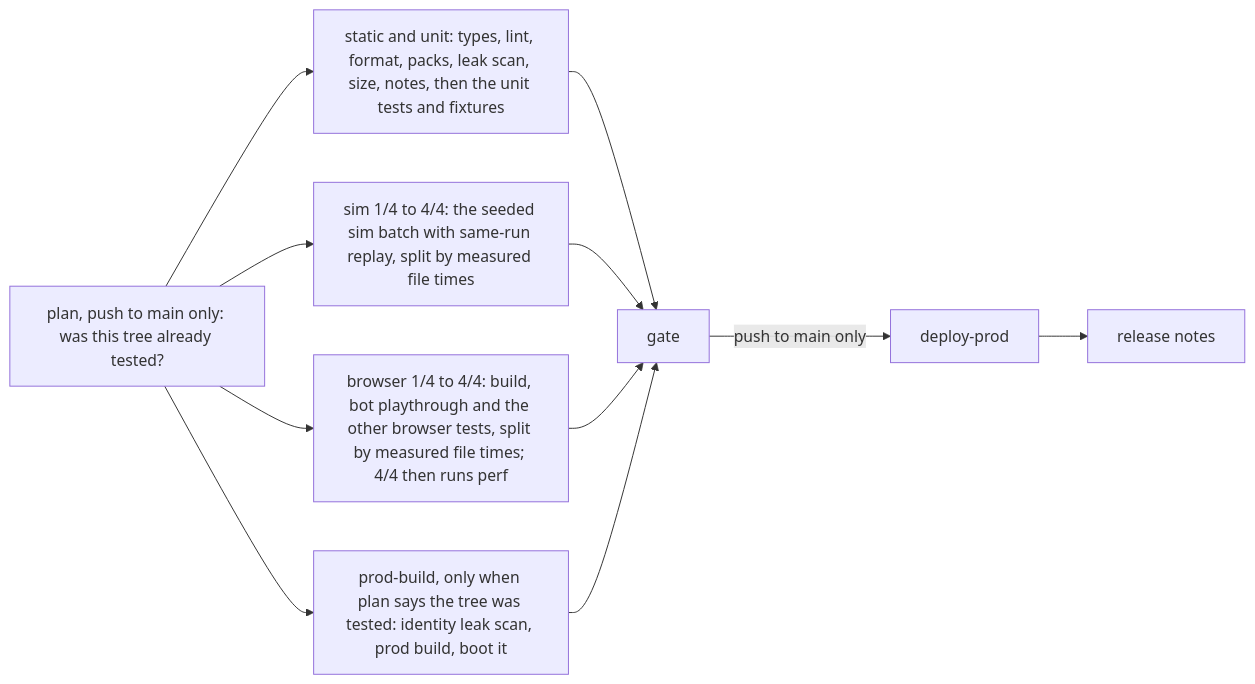
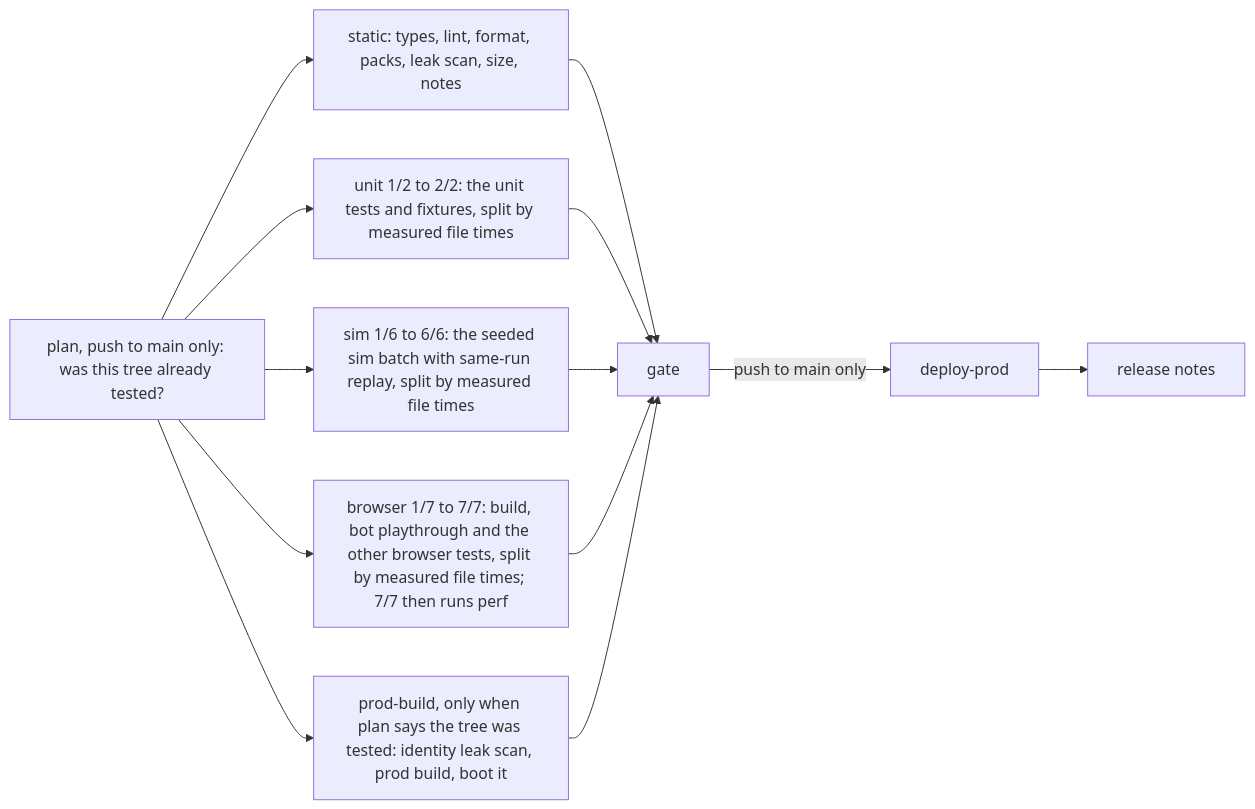
One commit to joshuasundance-swca/throttlebrawl changed the diagram in docs/engineering.md. Above: the diagram before and after it, drawn with Mermaid. The commit also changed other lines of this file and 21 other files, not shown here.

First line of the commit message:
ci: room for the suite jobs (static and unit split, unit 2, sim 6, browser 7 slices; slowest sim files split) (#486)

````diff
--- a/docs/engineering.md
+++ b/docs/engineering.md
@@ -271,10 +271,11 @@
 ```mermaid
 flowchart LR
-  A[static and unit: types, lint, format, packs, leak scan, size, notes, then the unit tests and fixtures] --> G[gate]
-  P[plan, push to main only: was this tree already tested?] --> A & S & C & B
-  S[sim 1/4 to 4/4: the seeded sim batch with same-run replay, split by measured file times] --> G
-  C[browser 1/4 to 4/4: build, bot playthrough and the other browser tests, split by measured file times; 4/4 then runs perf] --> G
+  A[static: types, lint, format, packs, leak scan, size, notes] --> G[gate]
+  U[unit 1/2 to 2/2: the unit tests and fixtures, split by measured file times] --> G
+  P[plan, push to main only: was this tree already tested?] --> A & U & S & C & B
+  S[sim 1/6 to 6/6: the seeded sim batch with same-run replay, split by measured file times] --> G
+  C[browser 1/7 to 7/7: build, bot playthrough and the other browser tests, split by measured file times; 7/7 then runs perf] --> G
   B[prod-build, only when plan says the tree was tested: identity leak scan, prod build, boot it] --> G
   G -->|push to main only| D[deploy-prod]
   D --> R[release notes]
 ```
````
